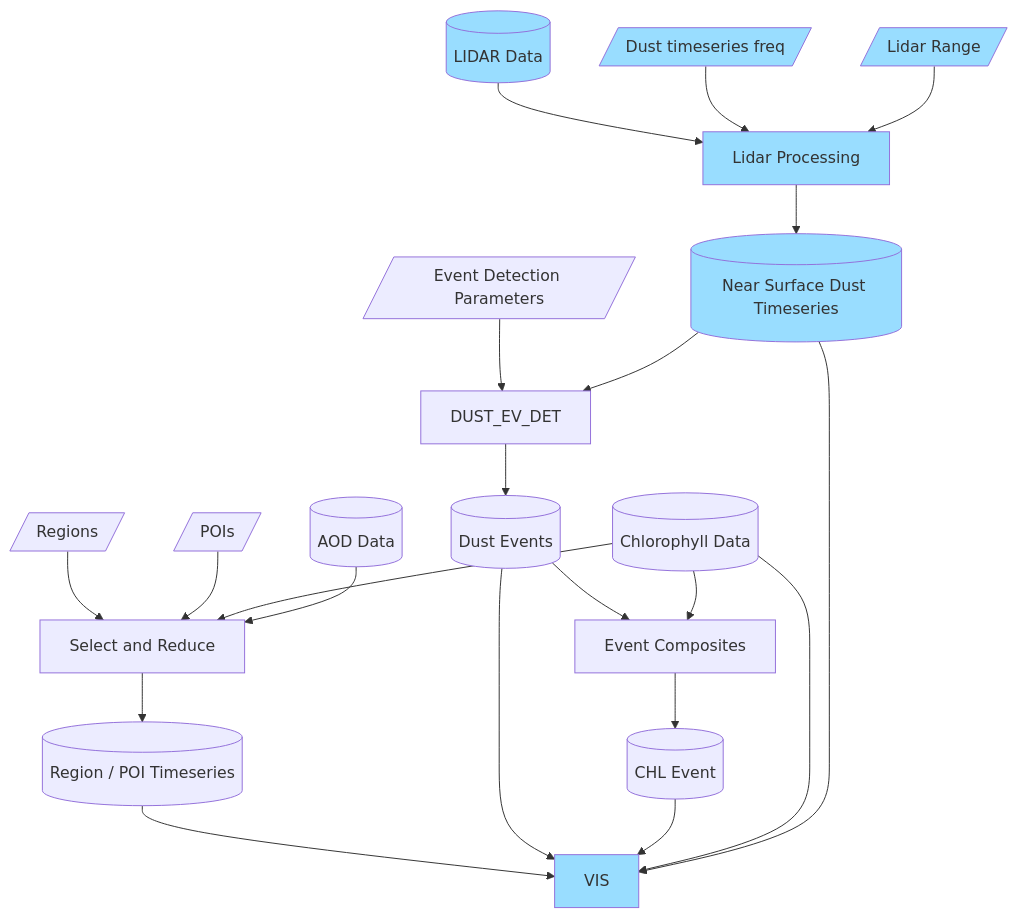
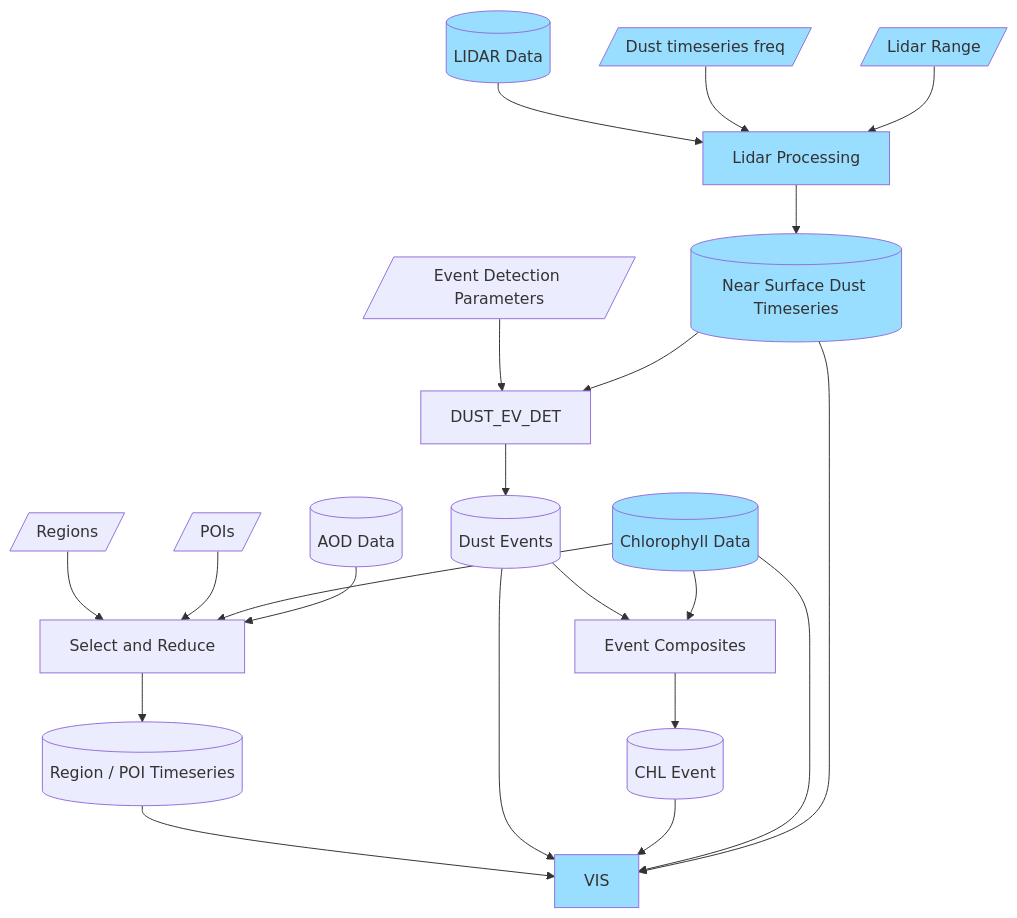
Before and after one commit to mardatade/Cabo-Verde-Dust: the diagram in README.md, drawn with Mermaid. The commit also changed 3 other files, not shown here.

````diff
--- a/README.md
+++ b/README.md
@@ -7,56 +7,57 @@
 ```mermaid
 flowchart TD
     %% datasets
     LIDAR[(LIDAR Data)]
     AOD[(AOD Data)]
     CHL[(Chlorophyll Data)]
     NSDST[(Near Surface Dust Timeseries)]
     REG_POI_TS[(Region / POI Timeseries)]
     DST_Events[(Dust Events)]
     CHL_Comp[(CHL Event)]
 
     %% user choices
     RGS[/Regions/]
     POI[/POIs/]
     LIDAR_RNG[/Lidar Range/]
     DUST_FREQ[/Dust timeseries freq/]
     EVPRM[/Event Detection Parameters/]
 
     %% Process LIDAR data
     LIDAR --> LDRPRC[Lidar Processing]
     DUST_FREQ --> LDRPRC
     LIDAR_RNG --> LDRPRC
     LDRPRC --> NSDST
 
     %% Visualize
     REG_POI_TS --> VIS
     DST_Events --> VIS
     CHL_Comp --> VIS
     CHL --> VIS
     NSDST --> VIS
     
     %% Select timesereis
     RGS --> SLCT_RED
     POI --> SLCT_RED
     CHL --> SLCT_RED
     AOD --> SLCT_RED[Select and Reduce]
     SLCT_RED --> REG_POI_TS
 
     %% Event detection
     EVPRM --> DUST_EV_DET
     NSDST --> DUST_EV_DET
     DUST_EV_DET --> DST_Events
 
     %% Event Composite
     DST_Events --> EV_COMP[Event Composites]
     CHL --> EV_COMP
     EV_COMP --> CHL_Comp
 
     %% style those elements which exist
     style NSDST fill:#99ddff
     style VIS fill:#99ddff
     style LIDAR_RNG fill:#99ddff
     style LIDAR fill:#99ddff
+    style CHL fill:#99ddff
     style DUST_FREQ fill:#99ddff
     style LDRPRC fill:#99ddff
 ```
````
